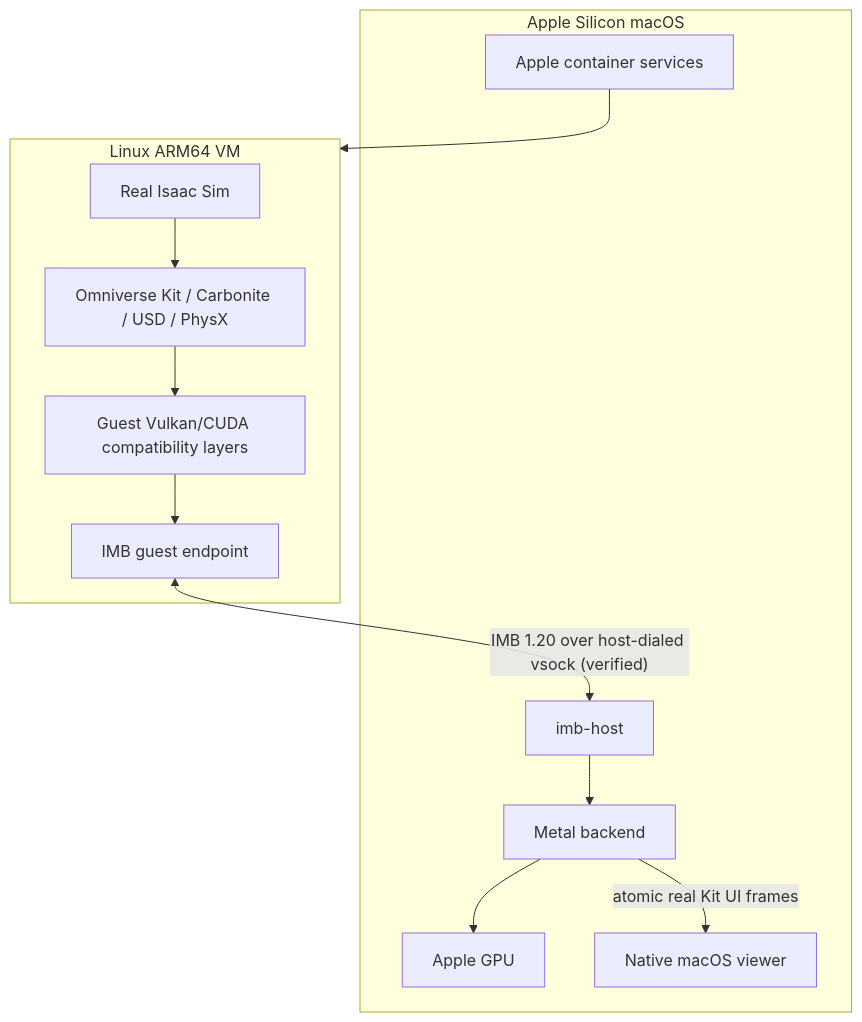
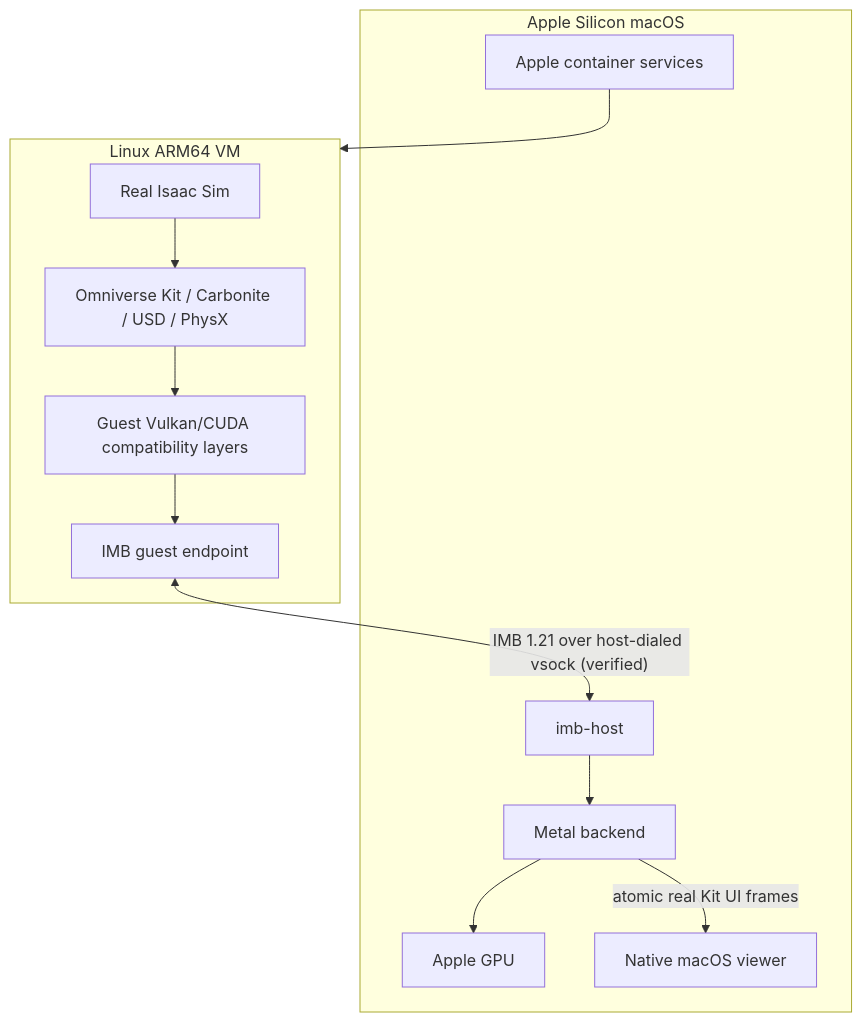
One commit to syun88/IsaacMetalBridge changed the first of 8 diagrams in docs/architecture.md. Above: the diagram before and after it, drawn with Mermaid. The commit also changed other lines of this file and 20 other files, not shown here.

````diff
--- a/docs/architecture.md
+++ b/docs/architecture.md
@@ -10,21 +10,21 @@
 ```mermaid
 flowchart TB
   subgraph macOS["Apple Silicon macOS"]
     AC["Apple container services"]
     HB["imb-host"]
     MB["Metal backend"]
     GPU["Apple GPU"]
     VW["Native macOS viewer"]
   end
   subgraph VM["Linux ARM64 VM"]
     IS["Real Isaac Sim"]
     KIT["Omniverse Kit / Carbonite / USD / PhysX"]
     GC["Guest Vulkan/CUDA compatibility layers"]
     GP["IMB guest endpoint"]
   end
   IS --> KIT --> GC --> GP
   AC --> VM
-  GP <-->|"IMB 1.20 over host-dialed vsock (verified)"| HB
+  GP <-->|"IMB 1.21 over host-dialed vsock (verified)"| HB
   HB --> MB --> GPU
   MB -->|"atomic real Kit UI frames"| VW
 ```
````
